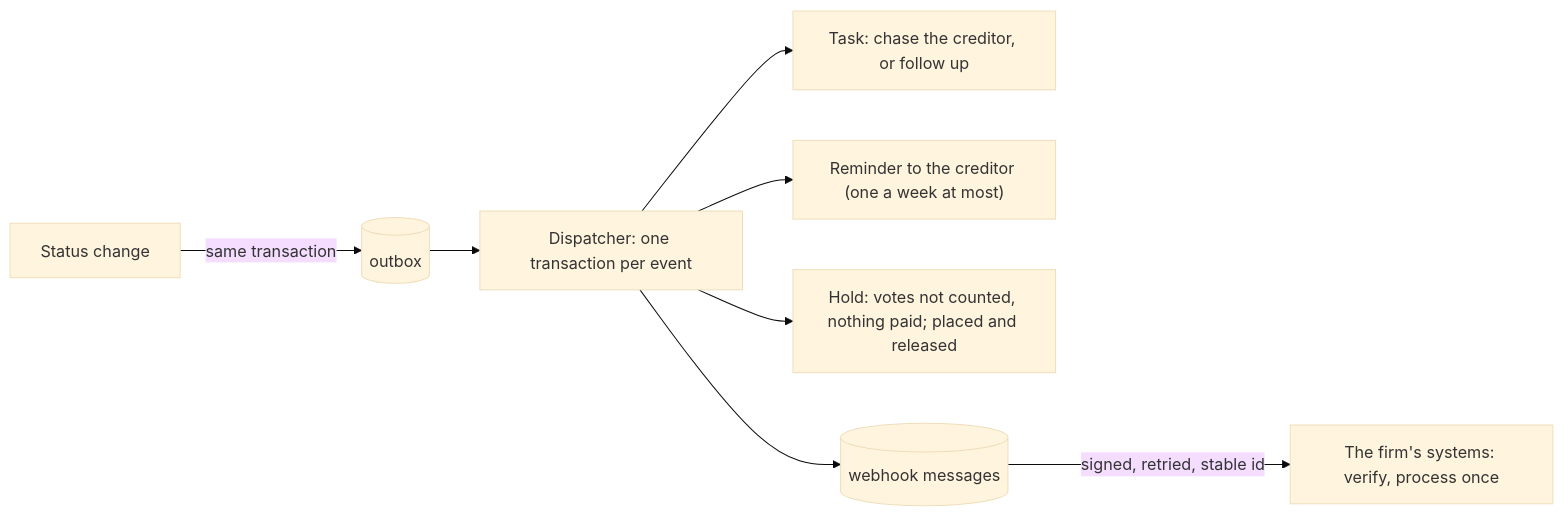
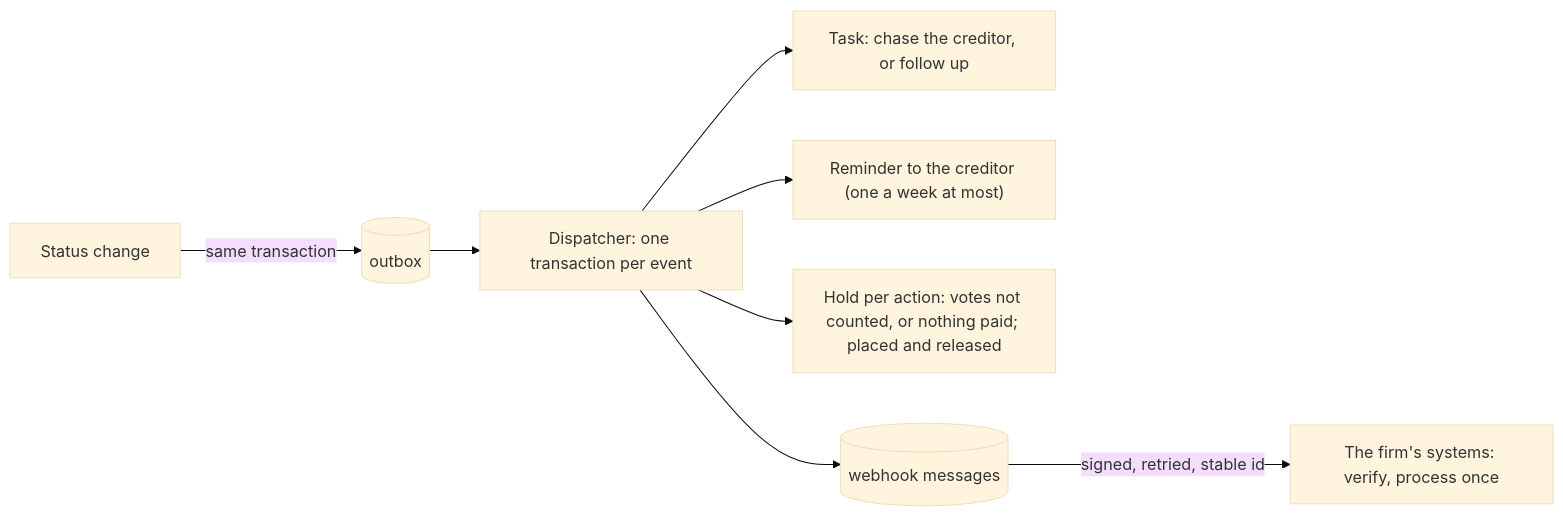
Before and after one commit to gandhiashutosh14/testamur: the second of 3 diagrams in docs/architecture.md, drawn with Mermaid (base theme). The commit also changed other lines of this file and 23 other files, not shown here.

````diff
--- a/docs/architecture.md
+++ b/docs/architecture.md
@@ -181,10 +213,10 @@
 ```mermaid
 flowchart LR
     S["Status change"] -->|same transaction| O[("outbox")]
     O --> D["Dispatcher: one transaction per event"]
     D --> T["Task: chase the creditor, or follow up"]
     D --> R["Reminder to the creditor (one a week at most)"]
-    D --> H["Hold: votes not counted, nothing paid; placed and released"]
+    D --> H["Hold per action: votes not counted, or nothing paid; placed and released"]
     D --> W[("webhook messages")]
     W -->|"signed, retried, stable id"| B["The firm's systems: verify, process once"]
 ```
````
